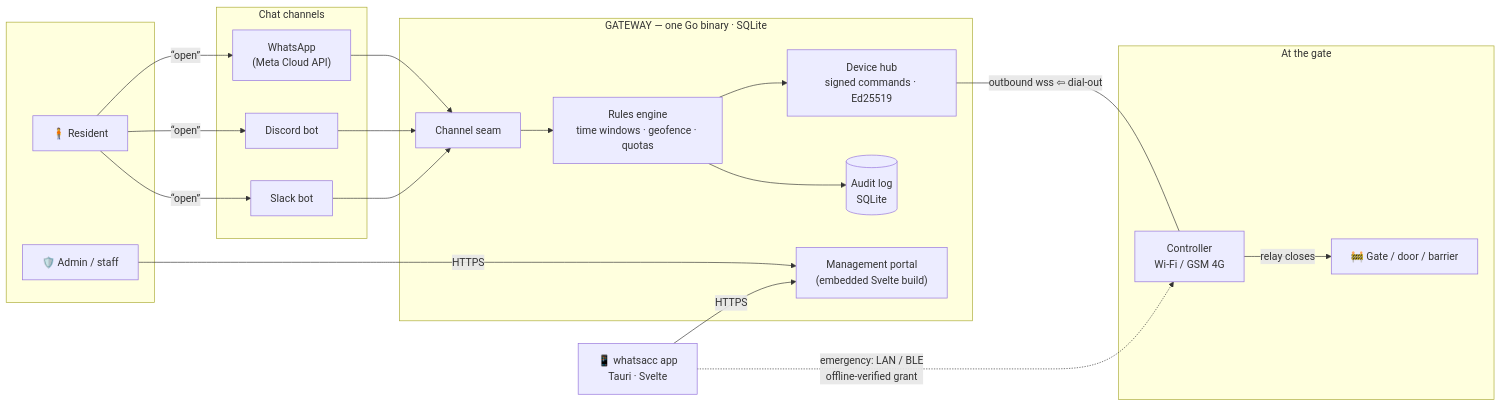
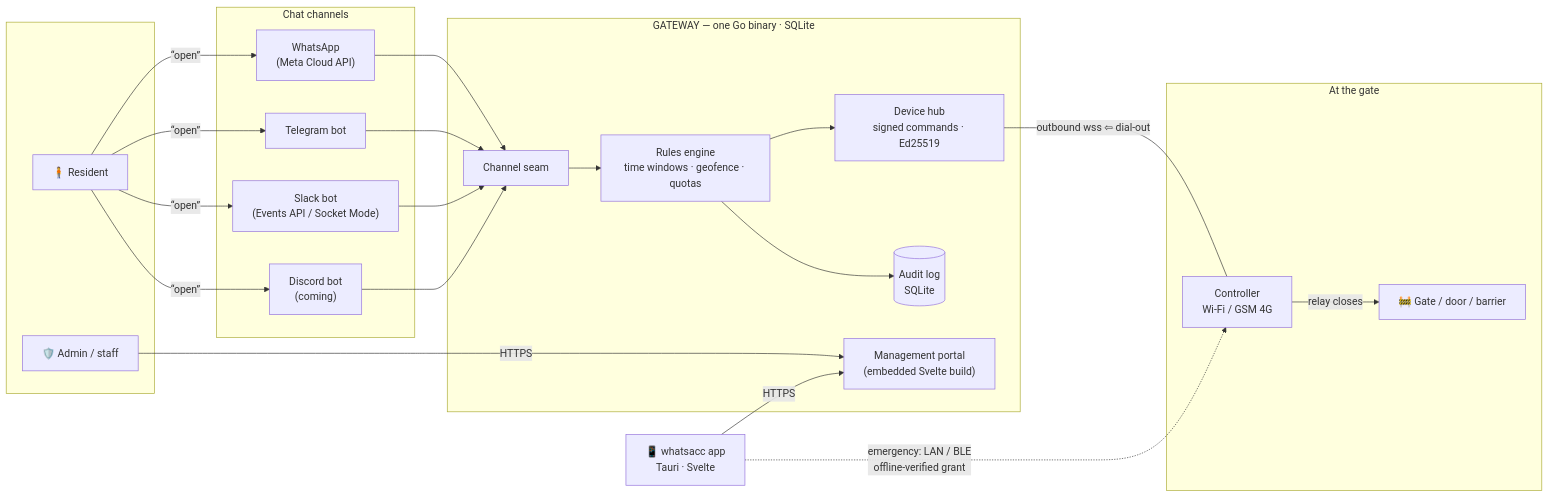
Before and after one commit to vul-os/whatsacc: the first of 3 diagrams in ARCHITECTURE.md, drawn with Mermaid. The commit also changed other lines of this file and 8 other files, not shown here.

````diff
--- a/ARCHITECTURE.md
+++ b/ARCHITECTURE.md
@@ -17,39 +17,40 @@
 ```mermaid
 flowchart LR
     subgraph people [" "]
         R["🧍 Resident"]
         A["🛡️ Admin / staff"]
     end
 
     subgraph channels ["Chat channels"]
         WA["WhatsApp<br/>(Meta Cloud API)"]
-        DC["Discord bot"]
-        SL["Slack bot"]
+        TG["Telegram bot"]
+        SL["Slack bot<br/>(Events API / Socket Mode)"]
+        DC["Discord bot<br/>(coming)"]
     end
 
     subgraph gw ["GATEWAY — one Go binary · SQLite"]
         CH["Channel seam"]
         RE["Rules engine<br/>time windows · geofence · quotas"]
         PORTAL["Management portal<br/>(embedded Svelte build)"]
         HUB["Device hub<br/>signed commands · Ed25519"]
         AUD[("Audit log<br/>SQLite")]
     end
 
     subgraph site ["At the gate"]
         C["Controller<br/>Wi-Fi / GSM 4G"]
         G["🚧 Gate / door / barrier"]
     end
 
     APP["📱 whatsacc app<br/>Tauri · Svelte"]
 
-    R -- "“open”" --> WA & DC & SL
-    WA & DC & SL --> CH
+    R -- "“open”" --> WA & TG & SL & DC
+    WA & TG & SL & DC --> CH
     CH --> RE
     A -- HTTPS --> PORTAL
     APP -- HTTPS --> PORTAL
     RE --> HUB
     RE --> AUD
     HUB -- "outbound wss ⇦ dial-out" --- C
     C -- relay closes --> G
     APP -. "emergency: LAN / BLE<br/>offline-verified grant" .-> C
 ```
````
